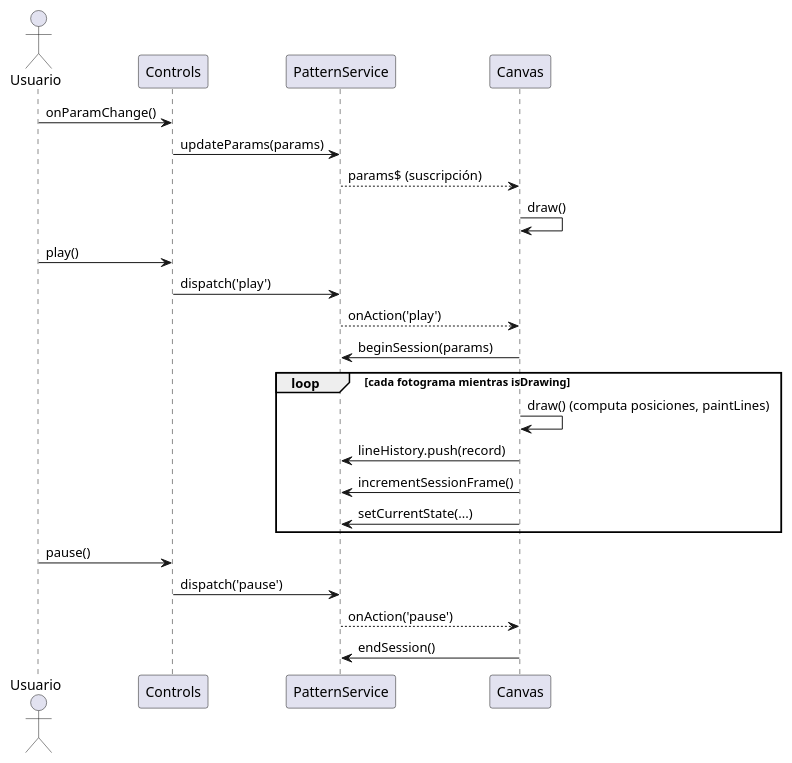
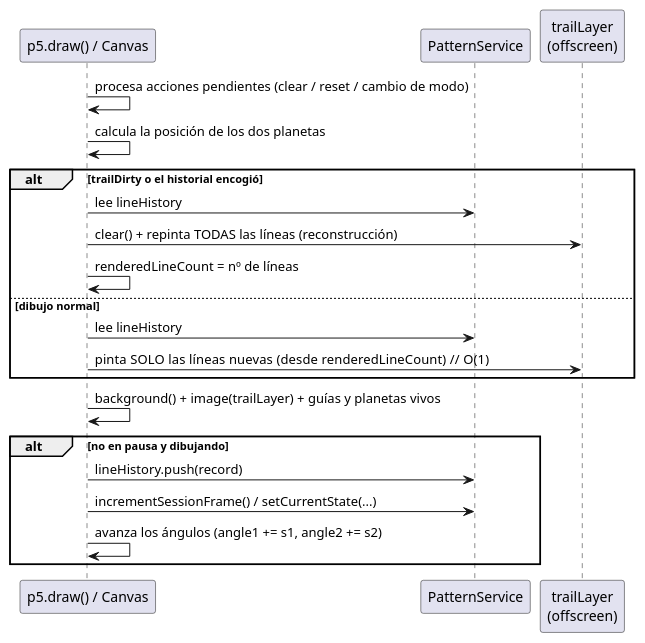
Before and after one commit to IgnacioMol/Epicycloid_generator: the second of 5 diagrams in claude/memoria-cap5-diseno.md, drawn with PlantUML. The commit also changed other lines of this file and 1 other file, not shown here.

````diff
--- a/claude/memoria-cap5-diseno.md
+++ b/claude/memoria-cap5-diseno.md
@@ -103,30 +132,27 @@
 ```plantuml
-@startuml SecGenerarReproducir
-actor Usuario
-participant "Controls" as C
+@startuml SecRenderizadoFotograma
+participant "p5.draw() / Canvas" as CV
 participant "PatternService" as PS
-participant "Canvas" as CV
+participant "trailLayer\n(offscreen)" as TL
 
-Usuario -> C : onParamChange()
-C -> PS : updateParams(params)
-PS --> CV : params$ (suscripción)
-CV -> CV : draw()
+CV -> CV : procesa acciones pendientes (clear / reset / cambio de modo)
+CV -> CV : calcula la posición de los dos planetas
 
-Usuario -> C : play()
-C -> PS : dispatch('play')
-PS --> CV : onAction('play')
-CV -> PS : beginSession(params)
-
-loop cada fotograma mientras isDrawing
-  CV -> CV : draw() (computa posiciones, paintLines)
-  CV -> PS : lineHistory.push(record)
-  CV -> PS : incrementSessionFrame()
-  CV -> PS : setCurrentState(...)
+alt trailDirty o el historial encogió
+  CV -> PS : lee lineHistory
+  CV -> TL : clear() + repinta TODAS las líneas (reconstrucción)
+  CV -> CV : renderedLineCount = nº de líneas
+else dibujo normal
+  CV -> PS : lee lineHistory
+  CV -> TL : pinta SOLO las líneas nuevas (desde renderedLineCount)   // O(1)
 end
 
-Usuario -> C : pause()
-C -> PS : dispatch('pause')
-PS --> CV : onAction('pause')
-CV -> PS : endSession()
+CV -> CV : background() + image(trailLayer) + guías y planetas vivos
+
+alt no en pausa y dibujando
+  CV -> PS : lineHistory.push(record)
+  CV -> PS : incrementSessionFrame() / setCurrentState(...)
+  CV -> CV : avanza los ángulos (angle1 += s1, angle2 += s2)
+end
 @enduml
 ```
````
